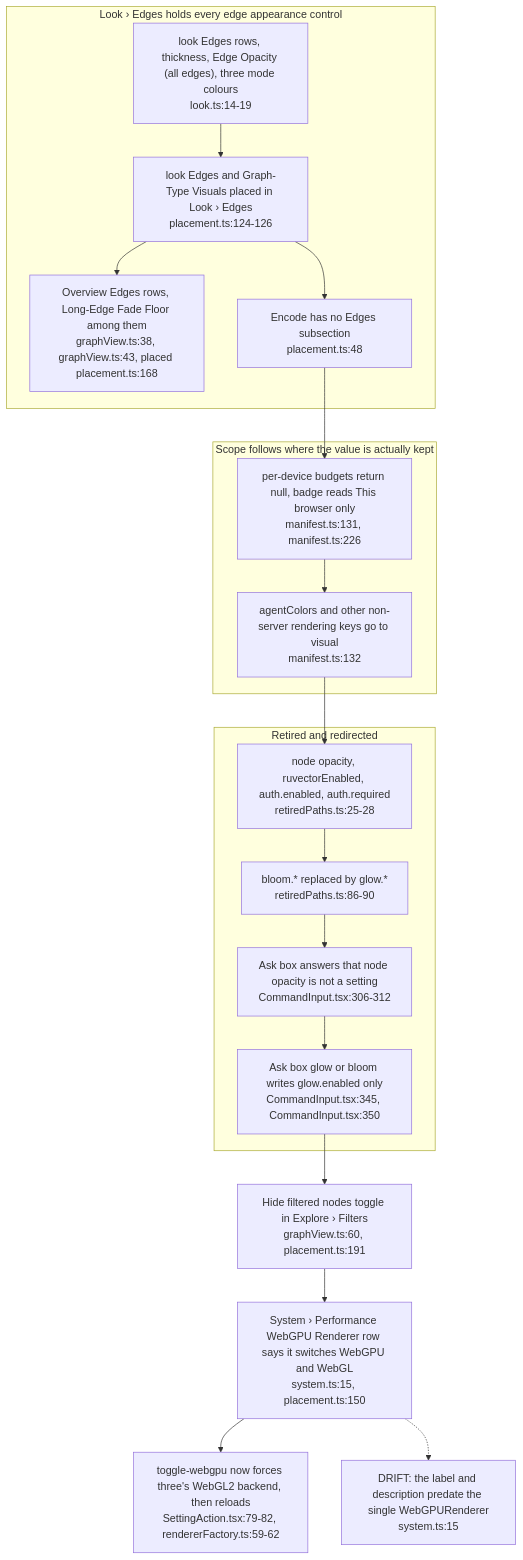
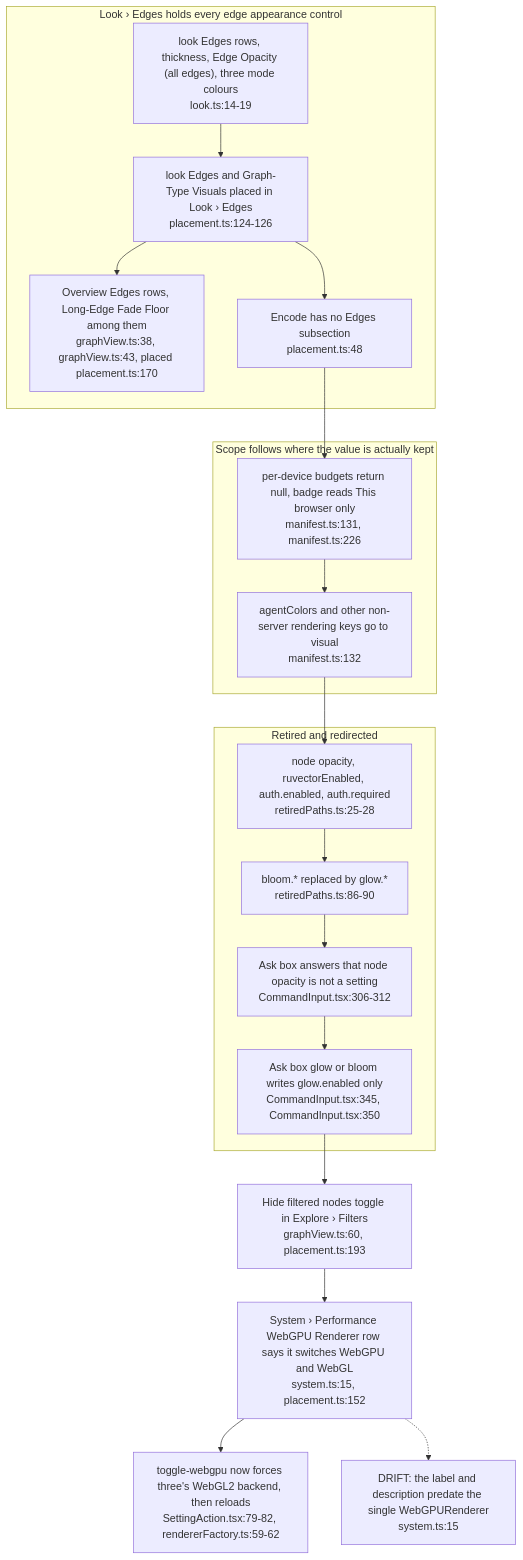
One commit to DreamLab-AI/VisionFlow changed diagram 12 of 12 in docs/diagrams/visionclaw/57-control-centre-ia-and-drawer.md. Above: the diagram before and after it, drawn with Mermaid. The commit also changed other lines of this file and 81 other files, not shown here.

First line of the commit message:
docs(diagrams): roll VisionClaw topics to main 010e1109b (PR 37 and 38 merged); fix remaining prose citations

````diff
--- a/docs/diagrams/visionclaw/57-control-centre-ia-and-drawer.md
+++ b/docs/diagrams/visionclaw/57-control-centre-ia-and-drawer.md
@@ -371,29 +371,29 @@
 ```mermaid
 flowchart TB
     subgraph edges["Look › Edges holds every edge appearance control"]
         LE["look Edges rows, thickness, Edge Opacity (all edges), three mode colours<br/>look.ts:14-19"]
         LP["look Edges and Graph-Type Visuals placed in Look › Edges<br/>placement.ts:124-126"]
-        OE["Overview Edges rows, Long-Edge Fade Floor among them<br/>graphView.ts:38, graphView.ts:43, placed placement.ts:168"]
+        OE["Overview Edges rows, Long-Edge Fade Floor among them<br/>graphView.ts:38, graphView.ts:43, placed placement.ts:170"]
         ENC["Encode has no Edges subsection<br/>placement.ts:48"]
     end
     subgraph scope["Scope follows where the value is actually kept"]
         DL["per-device budgets return null, badge reads This browser only<br/>manifest.ts:131, manifest.ts:226"]
         AC["agentColors and other non-server rendering keys go to visual<br/>manifest.ts:132"]
     end
     subgraph gone["Retired and redirected"]
         RT["node opacity, ruvectorEnabled, auth.enabled, auth.required<br/>retiredPaths.ts:25-28"]
         BL["bloom.* replaced by glow.*<br/>retiredPaths.ts:86-90"]
         ASKN["Ask box answers that node opacity is not a setting<br/>CommandInput.tsx:306-312"]
         ASKG["Ask box glow or bloom writes glow.enabled only<br/>CommandInput.tsx:345, CommandInput.tsx:350"]
     end
-    HF["Hide filtered nodes toggle in Explore › Filters<br/>graphView.ts:60, placement.ts:191"]
+    HF["Hide filtered nodes toggle in Explore › Filters<br/>graphView.ts:60, placement.ts:193"]
     LE --> LP --> OE
     LP --> ENC
     ENC --> DL --> AC
     AC --> RT --> BL --> ASKN --> ASKG
     ASKG --> HF
-    WG["System › Performance WebGPU Renderer row says it switches WebGPU and WebGL<br/>system.ts:15, placement.ts:150"]
+    WG["System › Performance WebGPU Renderer row says it switches WebGPU and WebGL<br/>system.ts:15, placement.ts:152"]
     HF --> WG
     WG --> ACT["toggle-webgpu now forces three's WebGL2 backend, then reloads<br/>SettingAction.tsx:79-82, rendererFactory.ts:59-62"]
     WG -.-> WD["DRIFT: the label and description predate the single WebGPURenderer<br/>system.ts:15"]
 ```
````
